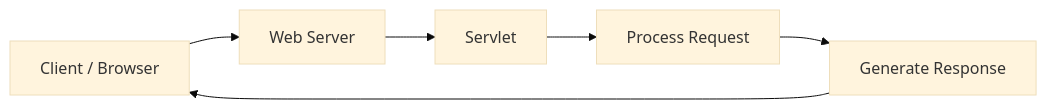
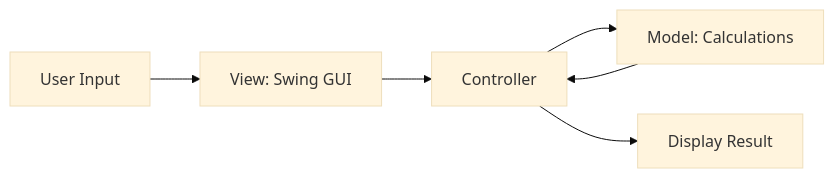
Before and after one commit to khushiag07/Java_Project: the second of 7 diagrams in README.md, drawn with Mermaid (base theme). The commit also changed other lines of this file, not shown here.

````diff
--- a/README.md
+++ b/README.md
@@ -72,8 +66,8 @@
 ```mermaid
 flowchart LR
-    A[Client / Browser] --> B[Web Server]
-    B --> C[Servlet]
-    C --> D[Process Request]
-    D --> E[Generate Response]
-    E --> A
+    A[User Input] --> B[View: Swing GUI]
+    B --> C[Controller]
+    C --> D[Model: Calculations]
+    D --> C
+    C --> E[Display Result]
 ```
````
